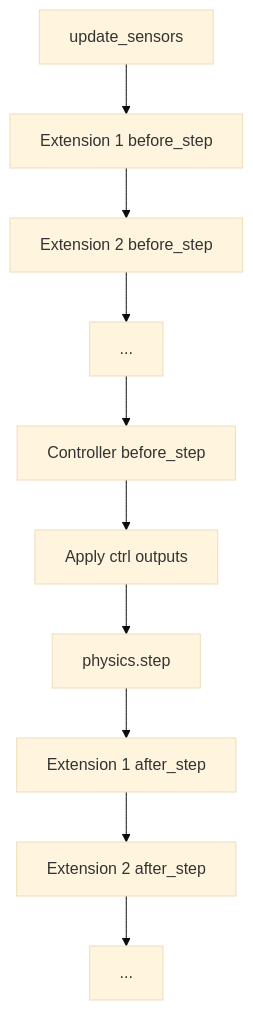
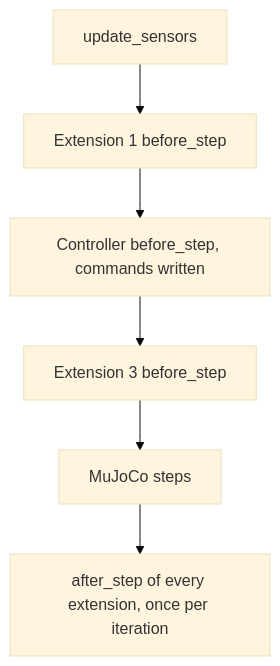
One commit to podalanga/farmsim_docs changed the diagram in reference/docs/explanation/simulation-lifecycle.md. Above: the diagram before and after it, drawn with Mermaid (base theme). The commit also changed other lines of this file and 16 other files, not shown here.

````diff
--- a/reference/docs/explanation/simulation-lifecycle.md
+++ b/reference/docs/explanation/simulation-lifecycle.md
@@ -148,12 +128,8 @@
 ```mermaid
 graph TD
     A[update_sensors] --> B[Extension 1 before_step]
-    B --> C[Extension 2 before_step]
-    C --> D[...]
-    D --> E[Controller before_step]
-    E --> F[Apply ctrl outputs]
-    F --> G[physics.step]
-    G --> H[Extension 1 after_step]
-    H --> I[Extension 2 after_step]
-    I --> J[...]
+    B --> C[Controller before_step, commands written]
+    C --> D[Extension 3 before_step]
+    D --> E[MuJoCo steps]
+    E --> F[after_step of every extension, once per iteration]
 ```
````
